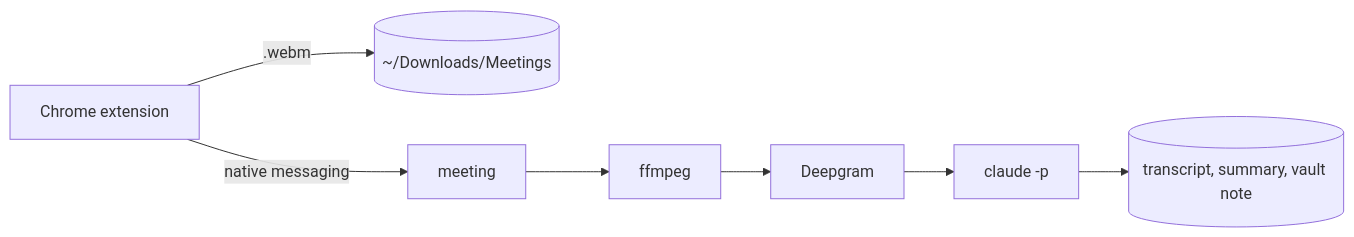
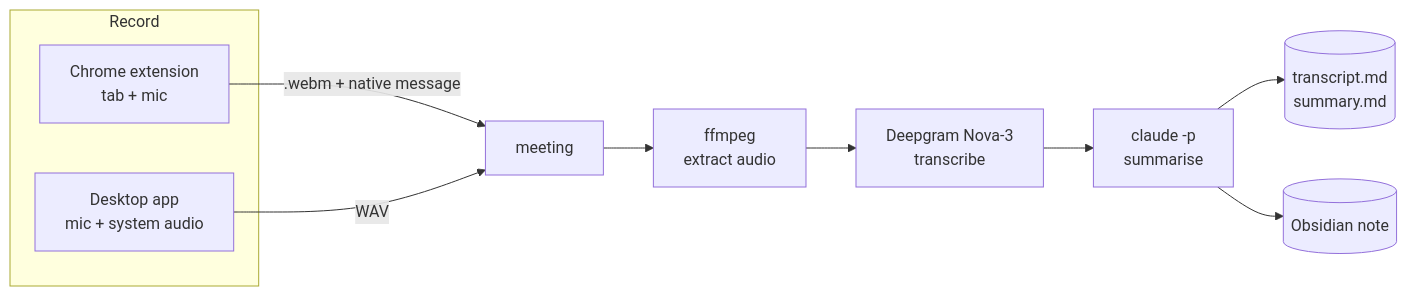
The diagram in README.md (masnun-siam/meeting-manager), drawn with Mermaid before and after one commit. The commit also changed other lines of this file and 12 other files, not shown here.

````diff
--- a/README.md
+++ b/README.md
@@ -7,7 +177,12 @@
 ```mermaid
 flowchart LR
-  E[Chrome extension] -- .webm --> D[(~/Downloads/Meetings)]
-  E -- native messaging --> M[meeting]
-  M --> F[ffmpeg] --> DG[Deepgram] --> C[claude -p]
-  C --> O[(transcript, summary, vault note)]
+  subgraph Record
+    E[Chrome extension<br/>tab + mic]
+    A[Desktop app<br/>mic + system audio]
+  end
+  E -- .webm + native message --> M[meeting]
+  A -- WAV --> M
+  M --> F[ffmpeg<br/>extract audio] --> DG[Deepgram Nova-3<br/>transcribe] --> C[claude -p<br/>summarise]
+  C --> O[(transcript.md<br/>summary.md)]
+  C --> V[(Obsidian note)]
 ```
````
